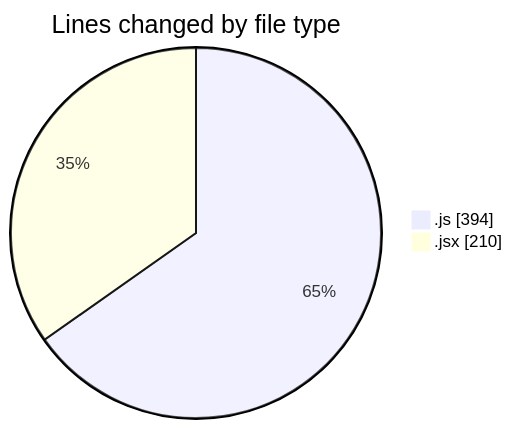
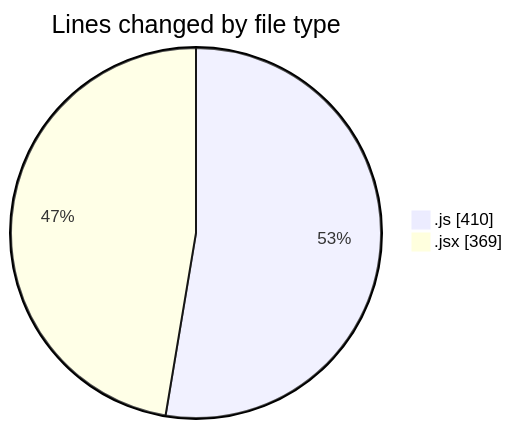
One commit to nxtqubesakshisongat/code-tracking changed the first of 2 diagrams in 2025-08-28/nxtqube_webapp/README.md. Above: the diagram before and after it, drawn with Mermaid. The commit also changed other lines of this file and 1 other file, not shown here.

````diff
--- a/2025-08-28/nxtqube_webapp/README.md
+++ b/2025-08-28/nxtqube_webapp/README.md
@@ -21,6 +22,6 @@
 ```mermaid
 pie showData
 title Lines changed by file type
-".js" : 394
-".jsx" : 210
+".js" : 410
+".jsx" : 369
 ```
````
